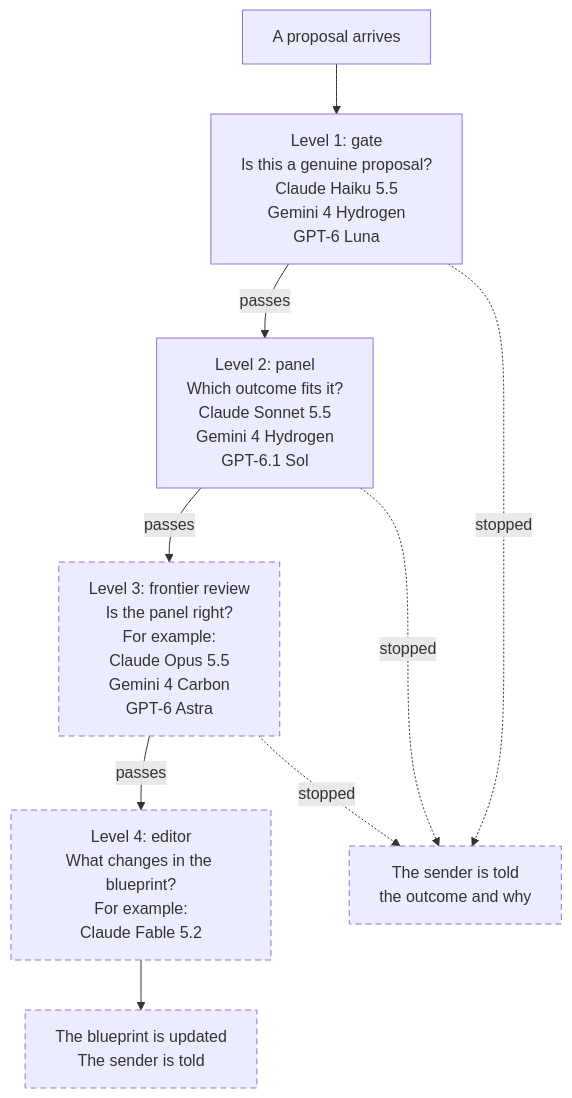
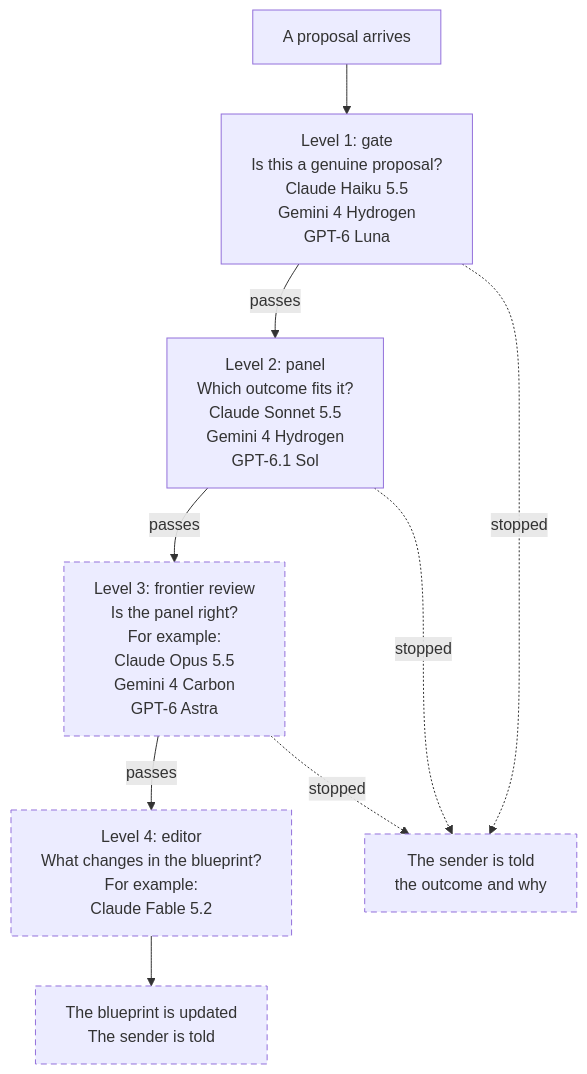
One commit to OpenIslet/automated-reviewer changed the diagram in README.md. Above: the diagram before and after it, drawn with Mermaid.

Commit message:
Keep each model's name on one line in the README's diagram
GitHub draws the labels of a flowchart 120 pixels wide, so names such as "Claude Haiku 5.5" were split over two lines. The diagram now asks for wider labels. Nothing else changes.

- README.md: a width setting at the top of the diagram.

````diff
--- a/README.md
+++ b/README.md
@@ -24,13 +24,18 @@
 ```mermaid
+---
+config:
+  flowchart:
+    wrappingWidth: 260
+---
 flowchart TD
     A["A proposal arrives"] --> B["Level 1: gate<br/>Is this a genuine proposal?<br/>Claude Haiku 5.5<br/>Gemini 4 Hydrogen<br/>GPT-6 Luna"]
     B -- passes --> C["Level 2: panel<br/>Which outcome fits it?<br/>Claude Sonnet 5.5<br/>Gemini 4 Hydrogen<br/>GPT-6.1 Sol"]
     C -- passes --> D["Level 3: frontier review<br/>Is the panel right?<br/>For example:<br/>Claude Opus 5.5<br/>Gemini 4 Carbon<br/>GPT-6 Astra"]
     D -- passes --> E["Level 4: editor<br/>What changes in the blueprint?<br/>For example:<br/>Claude Fable 5.2"]
     E --> F["The blueprint is updated<br/>The sender is told"]
     B -. stopped .-> N["The sender is told<br/>the outcome and why"]
     C -. stopped .-> N
     D -. stopped .-> N
     classDef planned stroke-dasharray: 6 4
     class D,E,F,N planned
 ```
````
